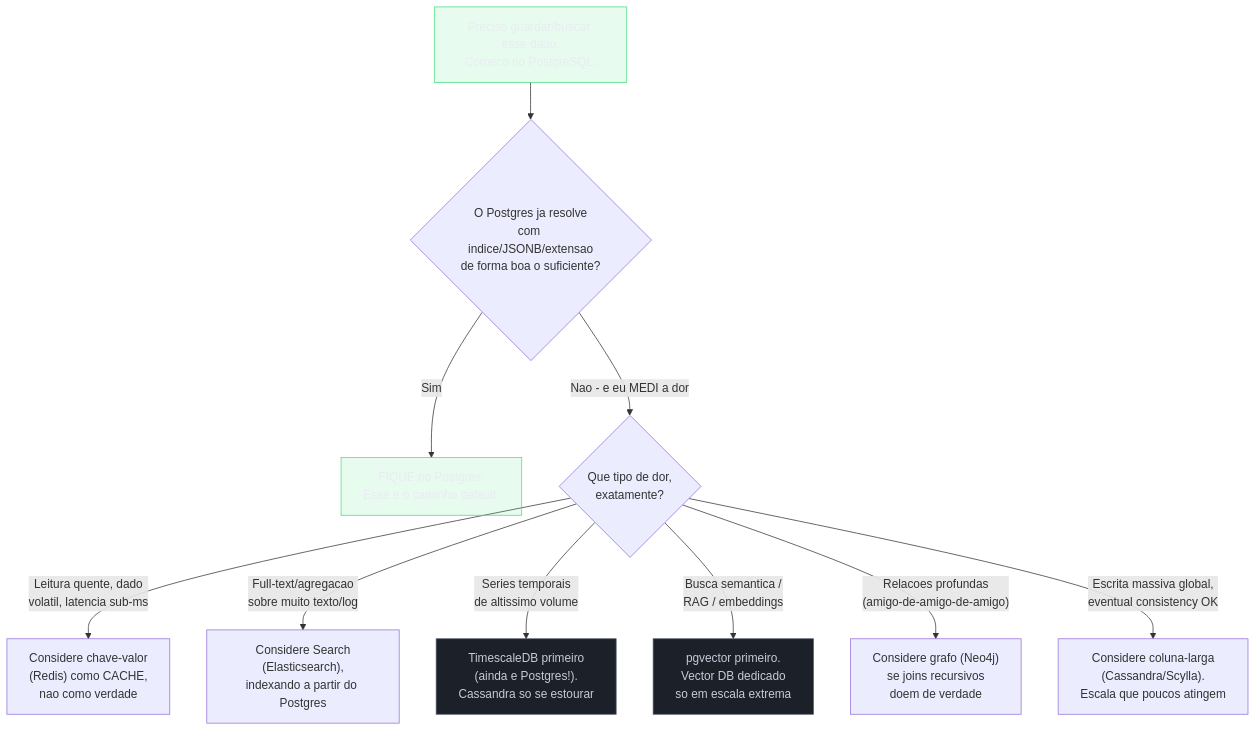
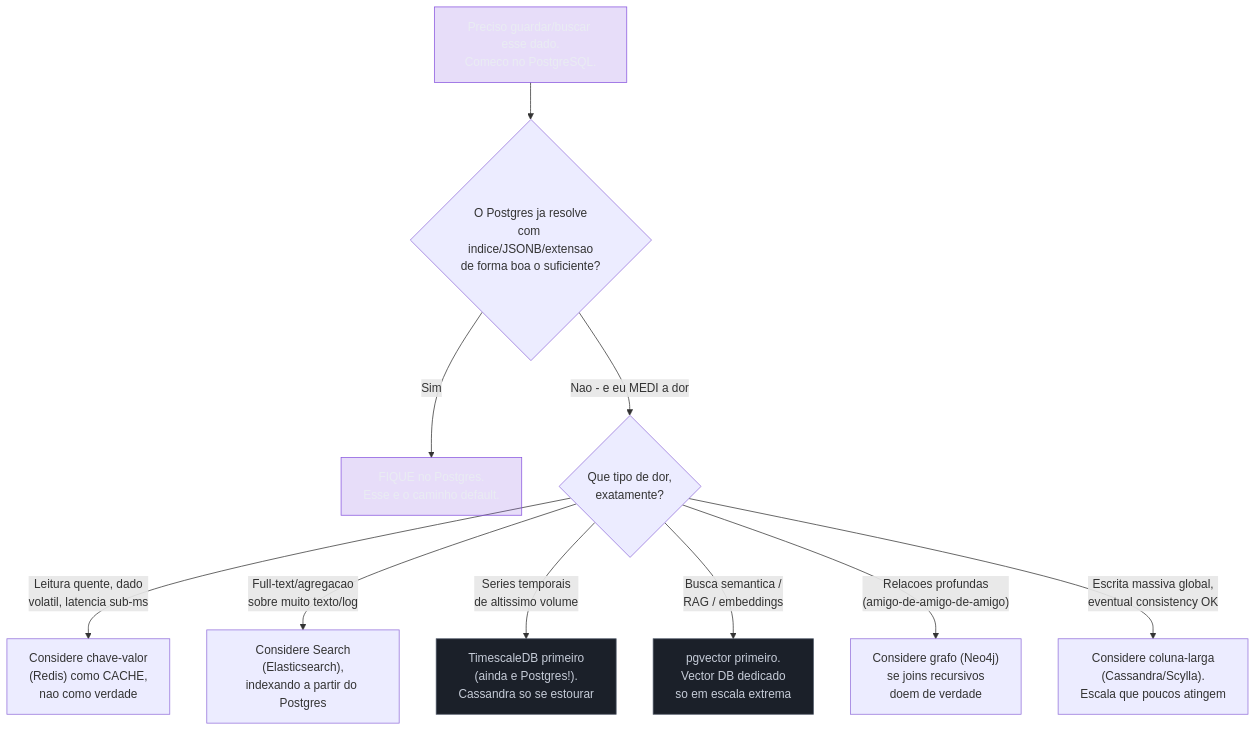
Before and after one commit to josenaldo/codex-technomanticus: the third of 4 diagrams in 03-Dominios/Ciência/Banco de Dados/14 - NoSQL e polyglot persistence.md, drawn with Mermaid. The commit also changed 601 other files, not shown here.

````diff
--- a/03-Dominios/Ciência/Banco de Dados/14 - NoSQL e polyglot persistence.md
+++ b/03-Dominios/Ciência/Banco de Dados/14 - NoSQL e polyglot persistence.md
@@ -165,21 +165,21 @@
 ```mermaid
 flowchart TD
-    classDef ok fill:#4ADE8021,stroke:#4ADE80,color:#E9ECF2
+    classDef marca fill:#8855DF33,stroke:#8855DF,color:#E9ECF2
     classDef neutro fill:#1B2029,stroke:#4E5666,color:#C6CCD8
     Start["Preciso guardar/buscar esse dado.<br/>Comeco no PostgreSQL."]
     Start --> Q1{"O Postgres ja resolve<br/>com indice/JSONB/extensao<br/>de forma boa o suficiente?"}
     Q1 -->|Sim| Stay["FIQUE no Postgres.<br/>Esse e o caminho default."]
     Q1 -->|"Nao - e eu MEDI a dor"| Q2{"Que tipo de dor,<br/>exatamente?"}
 
     Q2 -->|"Leitura quente, dado<br/>volatil, latencia sub-ms"| KV["Considere chave-valor<br/>(Redis) como CACHE,<br/>nao como verdade"]
     Q2 -->|"Full-text/agregacao<br/>sobre muito texto/log"| Search["Considere Search<br/>(Elasticsearch),<br/>indexando a partir do Postgres"]
     Q2 -->|"Series temporais<br/>de altissimo volume"| TS["TimescaleDB primeiro<br/>(ainda e Postgres!).<br/>Cassandra so se estourar"]
     Q2 -->|"Busca semantica /<br/>RAG / embeddings"| Vec["pgvector primeiro.<br/>Vector DB dedicado<br/>so em escala extrema"]
     Q2 -->|"Relacoes profundas<br/>(amigo-de-amigo-de-amigo)"| Graph["Considere grafo (Neo4j)<br/>se joins recursivos<br/>doem de verdade"]
     Q2 -->|"Escrita massiva global,<br/>eventual consistency OK"| Wide["Considere coluna-larga<br/>(Cassandra/Scylla).<br/>Escala que poucos atingem"]
 
-    class Start ok
-    class Stay ok
+    class Start marca
+    class Stay marca
     class TS neutro
     class Vec neutro
 ```
````
